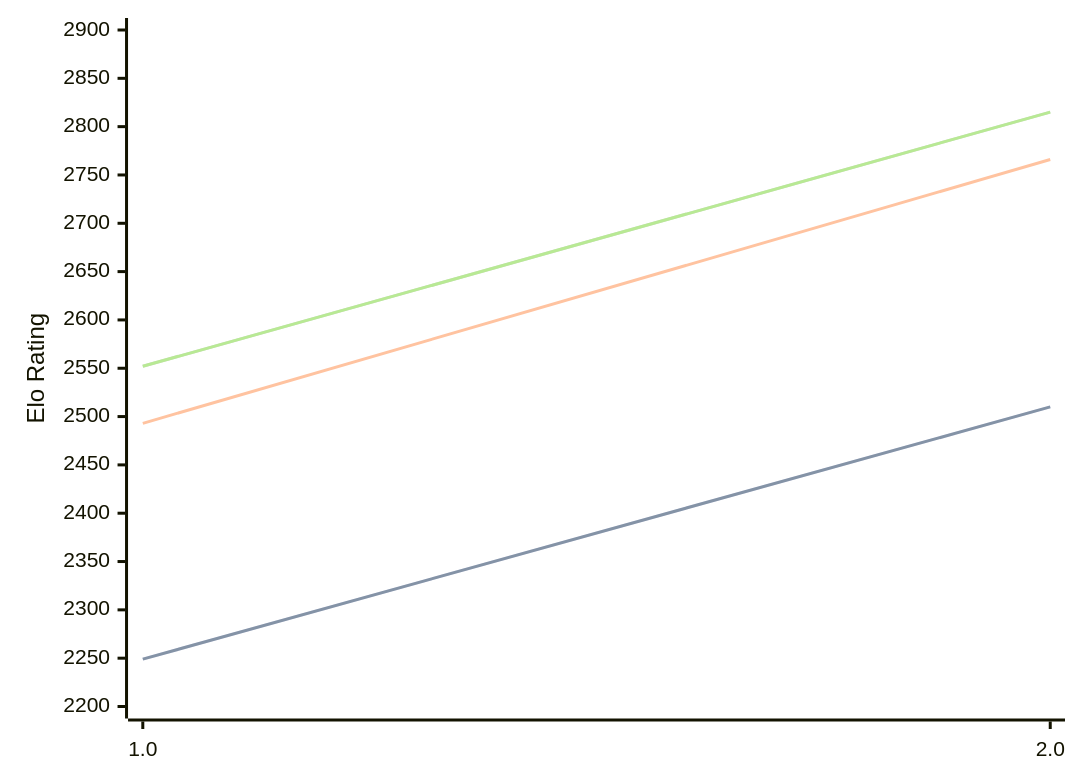
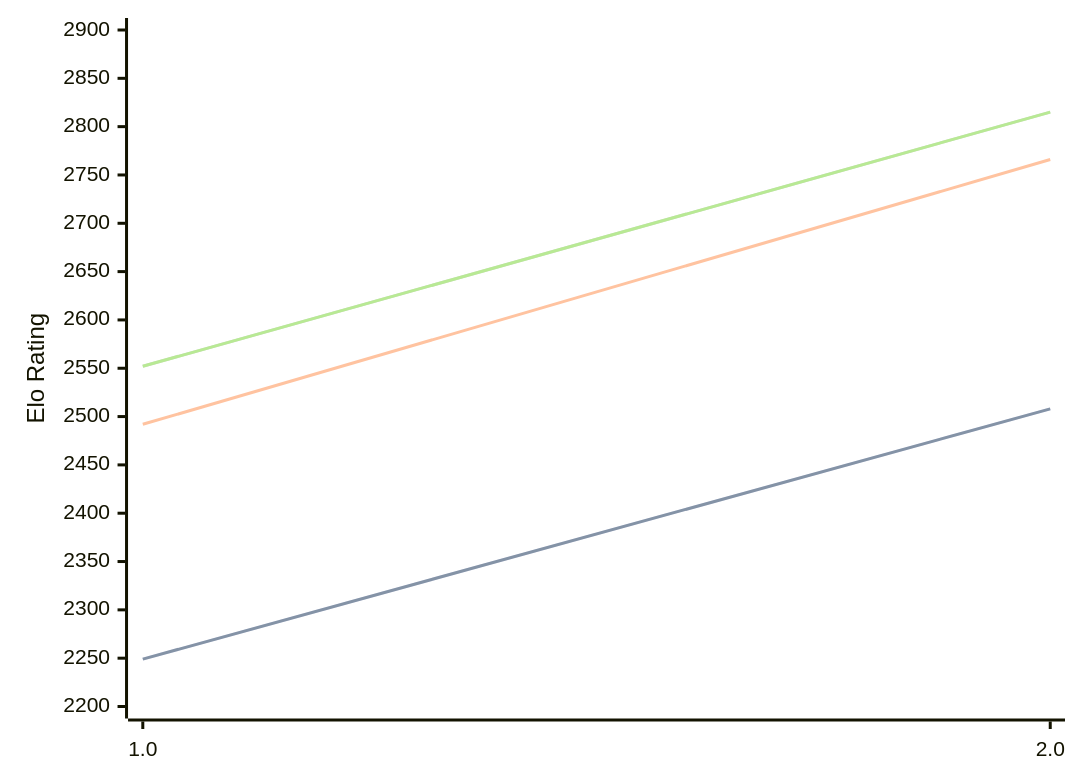
Before and after one commit to computer-chess-index/cci: the diagram in engines/Revolver.md, drawn with Mermaid. The commit also changed other lines of this file, not shown here.

````diff
--- a/engines/Revolver.md
+++ b/engines/Revolver.md
@@ -32,11 +32,11 @@
 ```mermaid
 %%{init: {"theme":"base","themeVariables":{"seriesColors:['#a3a3a3','#222221','#faa371']}}}%%
 xychart-beta
   x-axis ["1.0", "2.0"]
   y-axis "Elo Rating" 2200 --> 2900
-  line "STC (8.0+0.08s)" [2249, 2510]
-  line "STC (8.0+0.08s)" [2249, 2510]
-  line "LTC (60.0+0.60s)" [2493, 2766]
+  line "STC (8.0+0.08s)" [2249, 2508]
+  line "STC (8.0+0.08s)" [2249, 2508]
+  line "LTC (60.0+0.60s)" [2492, 2766]
   line "VLTC (2m24s+1.12s)" [2552, 2815]
   line "VLTC (2m24s+1.12s)" [2552, 2815]
 ```
````
